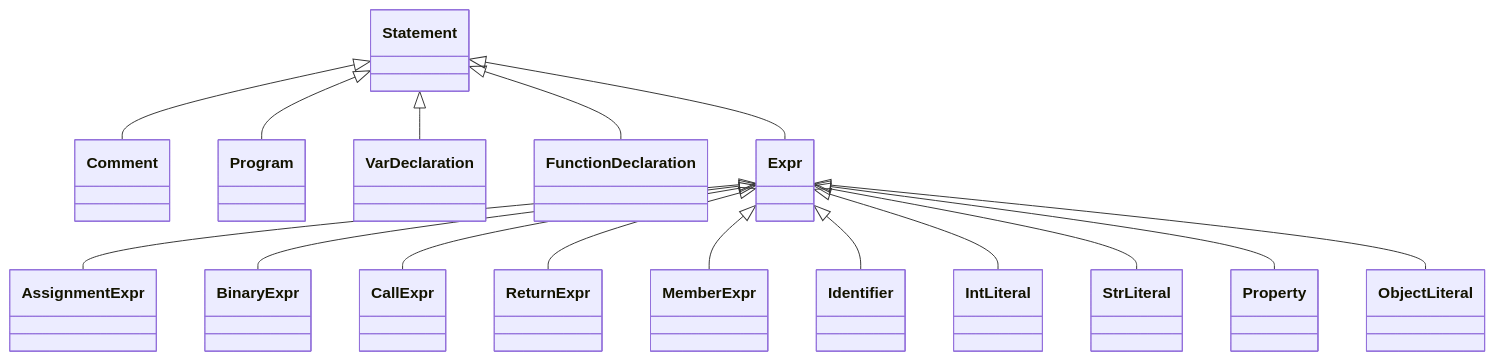
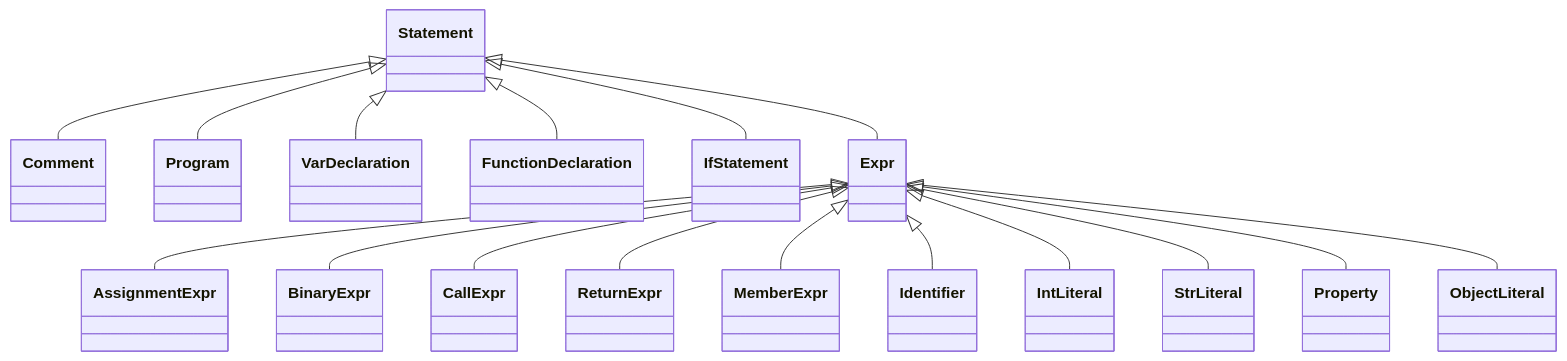
Before and after one commit to MasterZydra/ScriLa: the diagram in doc/AST.md, drawn with Mermaid.

Commit message:
AST.md: Add IfStatement

````diff
--- a/doc/AST.md
+++ b/doc/AST.md
@@ -3,18 +3,19 @@
 ```mermaid
 classDiagram
   Statement <|-- Comment
   Statement <|-- Program
   Statement <|-- VarDeclaration
   Statement <|-- FunctionDeclaration
+  Statement <|-- IfStatement
   Statement <|-- Expr
   Expr <|-- AssignmentExpr
   Expr <|-- BinaryExpr
   Expr <|-- CallExpr
   Expr <|-- ReturnExpr
   Expr <|-- MemberExpr
   Expr <|-- Identifier
   Expr <|-- IntLiteral
   Expr <|-- StrLiteral
   Expr <|-- Property
   Expr <|-- ObjectLiteral
 ```
````
